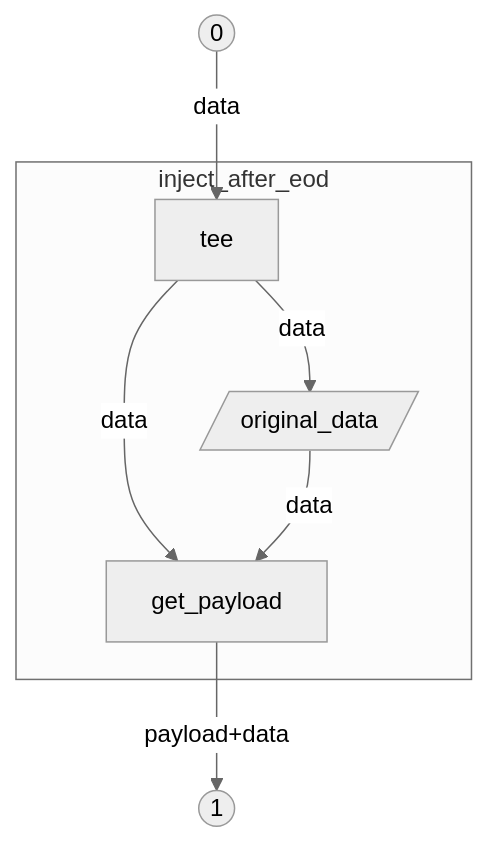
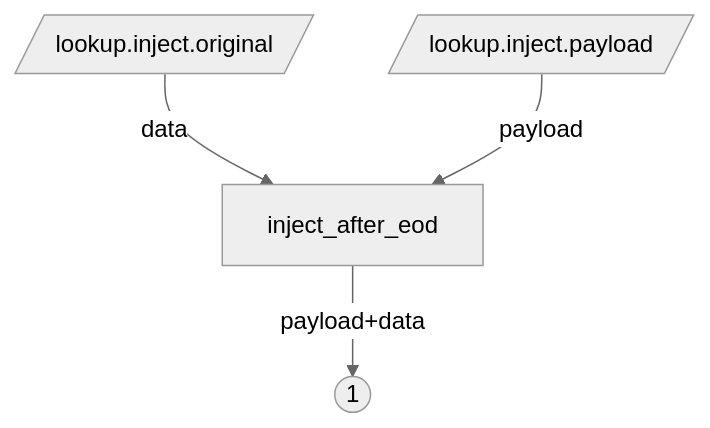
Before and after one commit to tibolpol/sealgood: the fourth of 6 diagrams in docs/fr/filetypes.md, drawn with Mermaid (neutral theme). The commit also changed other lines of this file and 5 other files, not shown here.

````diff
--- a/docs/fr/filetypes.md
+++ b/docs/fr/filetypes.md
@@ -213,21 +258,8 @@
 ```mermaid
 flowchart TB
-l0((0)) -->|data| tee
-subgraph inject_after_eod
-  tee -->|data| od[/original_data/]
-  tee -->|data| get_payload
-  od  -->|data| get_payload
-end
-get_payload -->|payload+data| l1((1))
-click lookup "sealgood.md#lookup"
-click clean "sealgood.md#clean"
-click date "sealgood.md#date"
-click end_of_pipe "sealgood.md#end_of_pipe"
-click enumerate "sealgood.md#enumerate"
-click file2tgz "sealgood.md#file2tgz"
-click genkey "sealgood.md#genkey"
-click help "sealgood.md#help"
-click main "sealgood.md#main"
-click sign "sealgood.md#sign"
-click verify "sealgood.md#verify"
+od[/lookup.inject.original/]
+pl[/lookup.inject.payload/]
+od -->|data| inject_after_eod
+pl -->|payload| inject_after_eod
+inject_after_eod -->|payload+data| l1((1))
 ```
````
